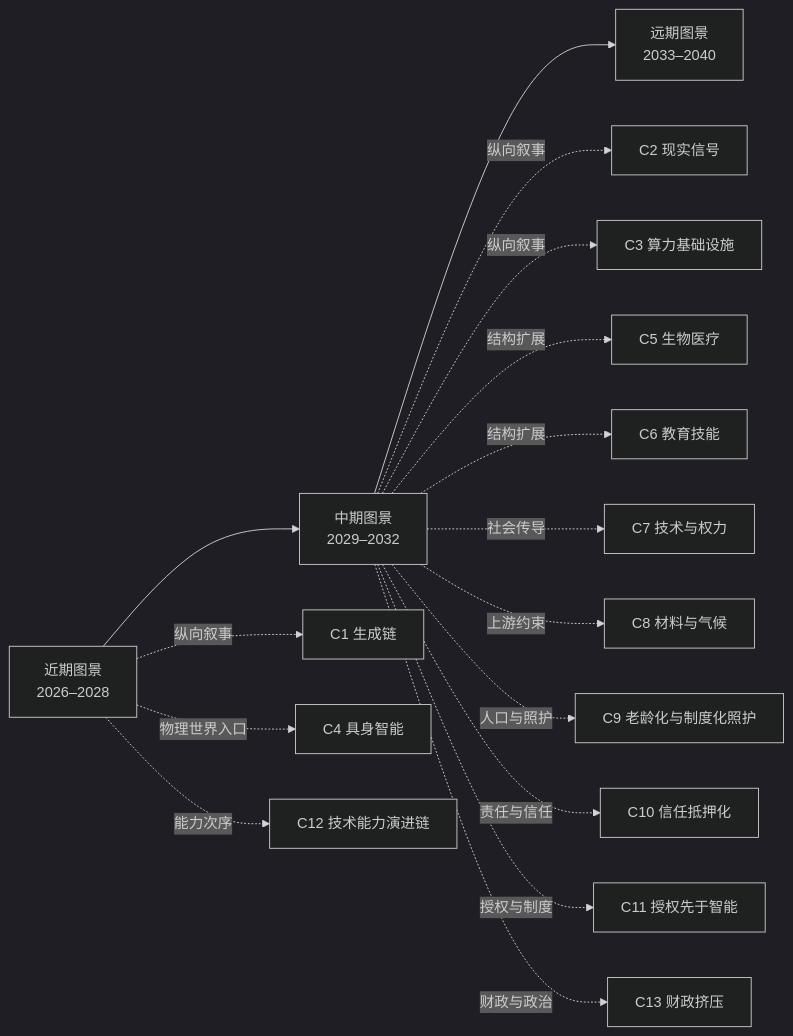
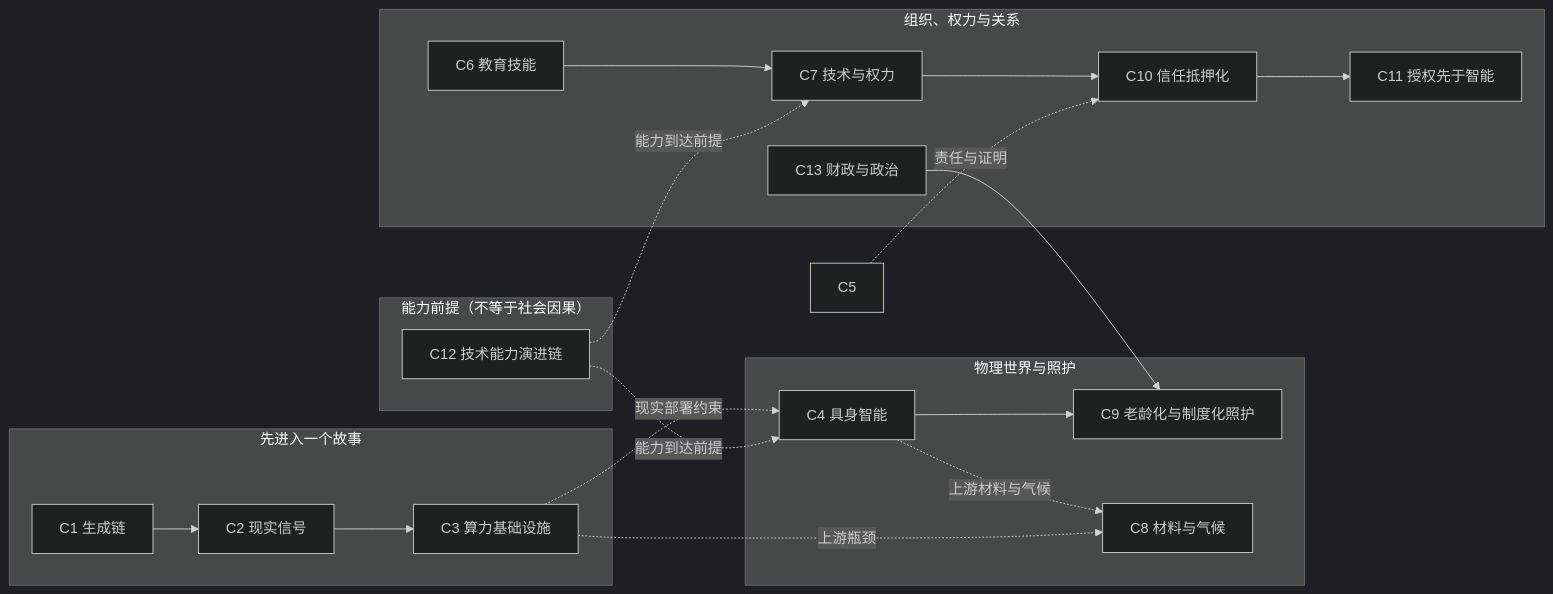
Before and after one commit to SenZhangAI/foresight-by-ai: the diagram in README.md, drawn with Mermaid (dark theme). The commit also changed other lines of this file and 23 other files, not shown here.

````diff
--- a/README.md
+++ b/README.md
@@ -206,18 +207,25 @@
 ```mermaid
 flowchart LR
-  N[近期图景\n2026–2028] --> M[中期图景\n2029–2032]
-  M --> F[远期图景\n2033–2040]
-  N -.纵向叙事.-> C1[C1 生成链]
-  M -.纵向叙事.-> C2[C2 现实信号]
-  M -.纵向叙事.-> C3[C3 算力基础设施]
-  N -.物理世界入口.-> C4[C4 具身智能]
-  M -.结构扩展.-> C5[C5 生物医疗]
-  M -.结构扩展.-> C6[C6 教育技能]
-  M -.社会传导.-> C7[C7 技术与权力]
-  M -.上游约束.-> C8[C8 材料与气候]
-  M -.人口与照护.-> C9[C9 老龄化与制度化照护]
-  M -.责任与信任.-> C10[C10 信任抵押化]
-  M -.授权与制度.-> C11[C11 授权先于智能]
-  N -.能力次序.-> C12[C12 技术能力演进链]
-  M -.财政与政治.-> C13[C13 财政挤压]
+  subgraph START[先进入一个故事]
+    C1[C1 生成链] --> C2[C2 现实信号]
+    C2 --> C3[C3 算力基础设施]
+  end
+  subgraph BODY[物理世界与照护]
+    C4[C4 具身智能] --> C9[C9 老龄化与制度化照护]
+    C4 -.上游材料与气候.-> C8[C8 材料与气候]
+  end
+  subgraph SOCIETY[组织、权力与关系]
+    C7[C7 技术与权力] --> C10[C10 信任抵押化]
+    C10 --> C11[C11 授权先于智能]
+    C6[C6 教育技能] --> C7
+    C13[C13 财政与政治] --> C9
+  end
+  subgraph PREREQ[能力前提（不等于社会因果）]
+    C12[C12 技术能力演进链]
+  end
+  C3 -.现实部署约束.-> C4
+  C3 -.上游瓶颈.-> C8
+  C12 -.能力到达前提.-> C4
+  C12 -.能力到达前提.-> C7
+  C5 -.责任与证明.-> C10
 ```
````
